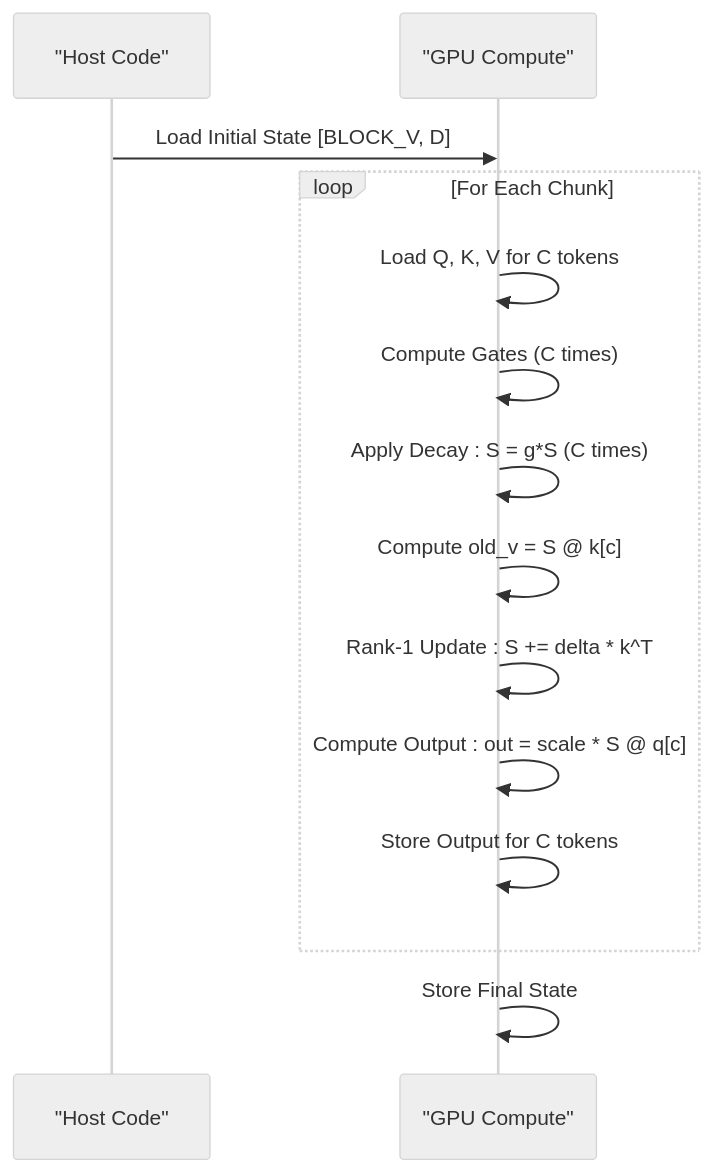
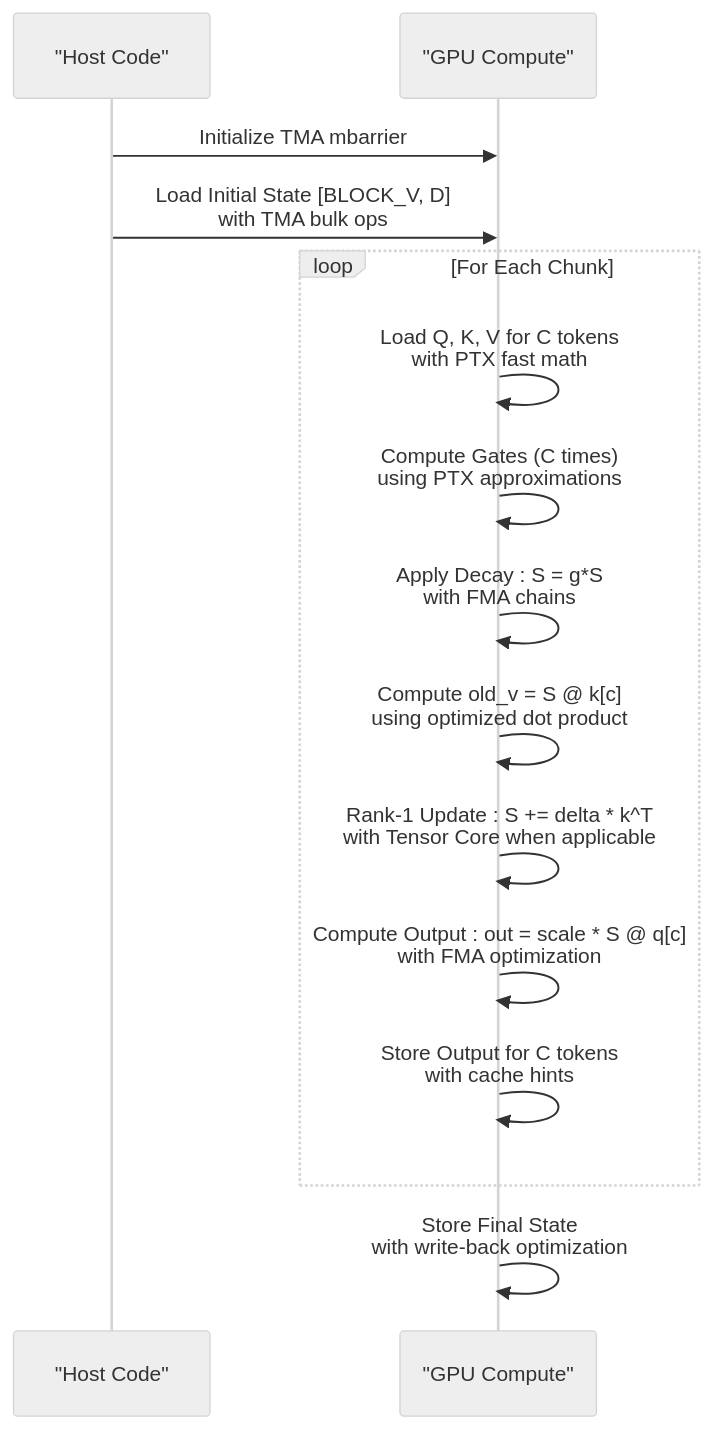
Before and after one commit to gugudeshubao/flashinfer-bench-tma-thrust: the fifth of 7 diagrams in .qoder/repowiki/en/content/Core Kernels/Core Kernels.md, drawn with Mermaid (neutral theme). The commit also changed other lines of this file and 4 other files, not shown here.

````diff
--- a/.qoder/repowiki/en/content/Core Kernels/Core Kernels.md
+++ b/.qoder/repowiki/en/content/Core Kernels/Core Kernels.md
@@ -538,16 +591,17 @@
 ```mermaid
 sequenceDiagram
 participant Host as "Host Code"
 participant GPU as "GPU Compute"
-Host->>GPU : Load Initial State [BLOCK_V, D]
+Host->>GPU : Initialize TMA mbarrier
+Host->>GPU : Load Initial State [BLOCK_V, D]<br/>with TMA bulk ops
 loop For Each Chunk
-GPU->>GPU : Load Q, K, V for C tokens
-GPU->>GPU : Compute Gates (C times)
-GPU->>GPU : Apply Decay : S = g*S (C times)
-GPU->>GPU : Compute old_v = S @ k[c]
-GPU->>GPU : Rank-1 Update : S += delta * k^T
-GPU->>GPU : Compute Output : out = scale * S @ q[c]
-GPU->>GPU : Store Output for C tokens
+GPU->>GPU : Load Q, K, V for C tokens<br/>with PTX fast math
+GPU->>GPU : Compute Gates (C times)<br/>using PTX approximations
+GPU->>GPU : Apply Decay : S = g*S<br/>with FMA chains
+GPU->>GPU : Compute old_v = S @ k[c]<br/>using optimized dot product
+GPU->>GPU : Rank-1 Update : S += delta * k^T<br/>with Tensor Core when applicable
+GPU->>GPU : Compute Output : out = scale * S @ q[c]<br/>with FMA optimization
+GPU->>GPU : Store Output for C tokens<br/>with cache hints
 end
-GPU->>GPU : Store Final State
+GPU->>GPU : Store Final State<br/>with write-back optimization
 ```
````
